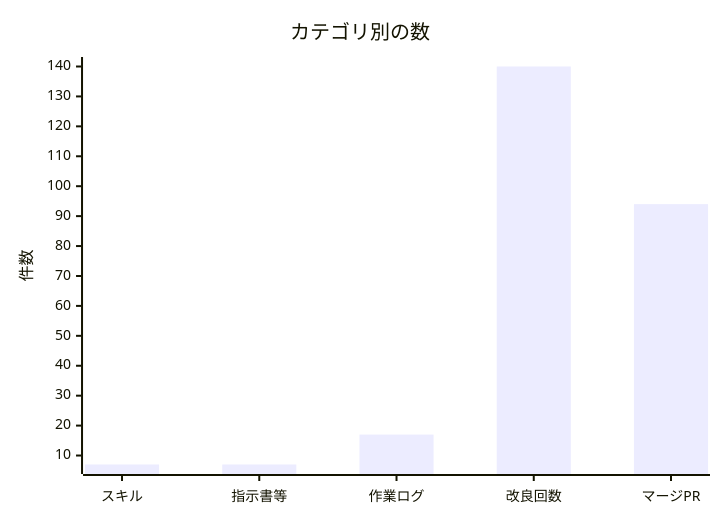
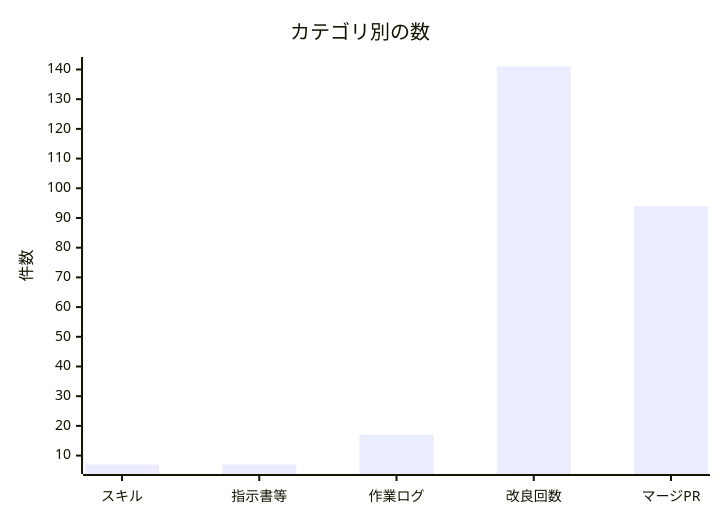
Before and after one commit to non-x2/non-x2: the second of 2 diagrams in docs/進化レポート.md, drawn with Mermaid. The commit also changed other lines of this file and 1 other file, not shown here.

````diff
--- a/docs/進化レポート.md
+++ b/docs/進化レポート.md
@@ -35,7 +35,7 @@
 ```mermaid
 xychart-beta
     title "カテゴリ別の数"
     x-axis ["スキル", "指示書等", "作業ログ", "改良回数", "マージPR"]
     y-axis "件数"
-    bar [7, 7, 17, 140, 94]
+    bar [7, 7, 17, 141, 94]
 ```
````
